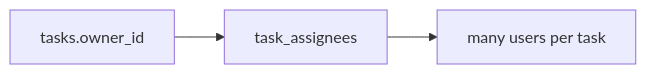
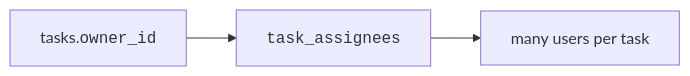
The fifth of 10 diagrams in content/learn/database-design-postgresql/why-schemas-change.mdx (dataslope/dataslope), drawn with Mermaid before and after one commit. The commit also changed other lines of this file and 153 other files, not shown here.

First line of the commit message:
Render code-only mermaid shapes in monospace; convert step sequences to Steps

````diff
--- a/content/learn/database-design-postgresql/why-schemas-change.mdx
+++ b/content/learn/database-design-postgresql/why-schemas-change.mdx
@@ -96,5 +96,5 @@
 ```mermaid
 flowchart LR
-    One["tasks.owner_id"] --> Many["task_assignees"]
+    One["tasks.<code>owner_id</code>"] --> Many["<code>task_assignees</code>"]
     Many --> Team["many users per task"]
 ```
````
